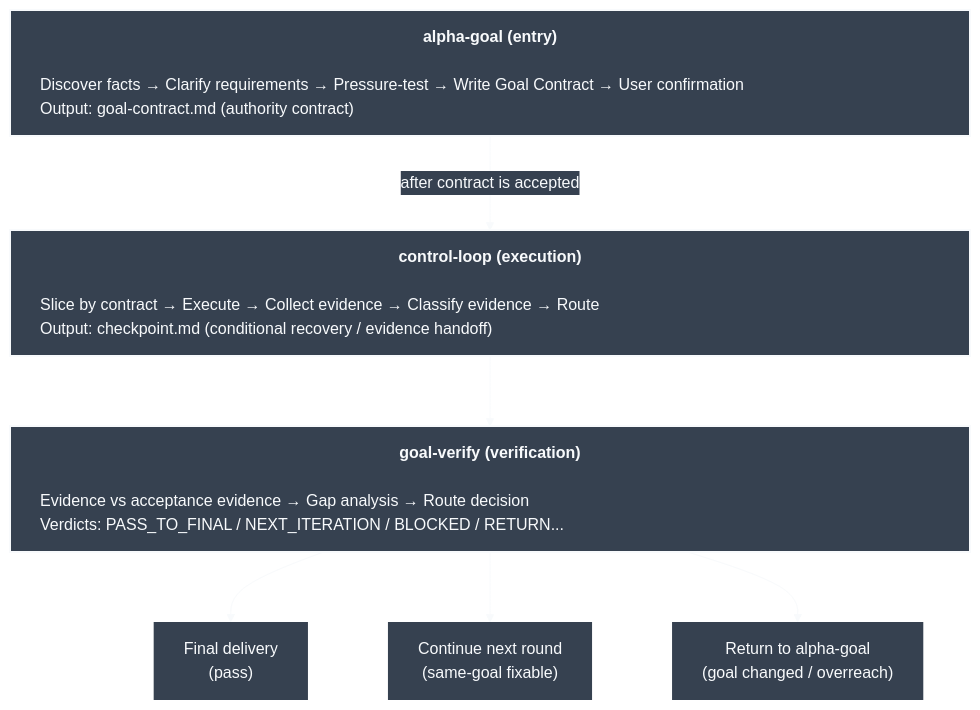
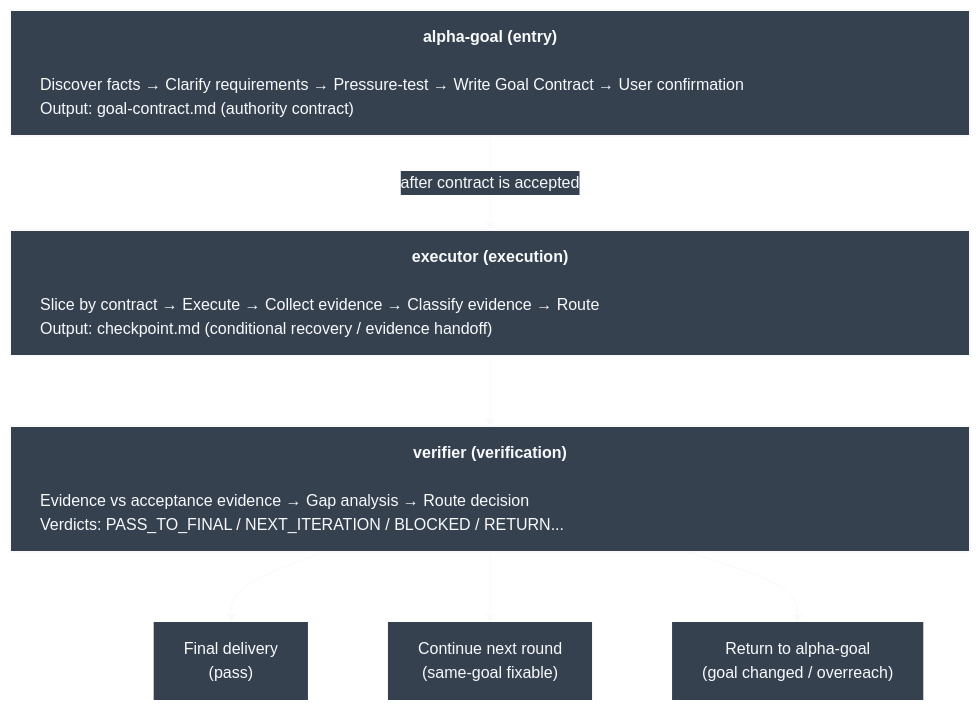
Before and after one commit to azhonglee/alpha-goal: the diagram in README.en.md, drawn with Mermaid. The commit also changed other lines of this file and 15 other files, not shown here.

Commit message:
Rename execution skills to executor and verifier

````diff
--- a/README.en.md
+++ b/README.en.md
@@ -42,18 +42,18 @@
 ```mermaid
 %%{init: {"theme":"base","flowchart":{"wrappingWidth":900,"nodeSpacing":80,"rankSpacing":70,"htmlLabels":true},"markdownAutoWrap":false,"themeVariables":{"background":"#364150","primaryColor":"#364150","primaryTextColor":"#f8fafc","primaryBorderColor":"#f8fafc","lineColor":"#f8fafc","edgeLabelBackground":"#364150","fontFamily":"ui-monospace, SFMono-Regular, Menlo, Monaco, Consolas, monospace"}}}%%
 flowchart TD
   AG["<div align='center'><strong>alpha-goal (entry)</strong></div><div align='left' style='width:900px'><br/>Discover facts → Clarify requirements → Pressure-test → Write Goal Contract → User confirmation<br/>Output: goal-contract.md (authority contract)</div>"]
-  CL["<div align='center'><strong>control-loop (execution)</strong></div><div align='left' style='width:900px'><br/>Slice by contract → Execute → Collect evidence → Classify evidence → Route<br/>Output: checkpoint.md (conditional recovery / evidence handoff)</div>"]
-  GV["<div align='center'><strong>goal-verify (verification)</strong></div><div align='left' style='width:900px'><br/>Evidence vs acceptance evidence → Gap analysis → Route decision<br/>Verdicts: PASS_TO_FINAL / NEXT_ITERATION / BLOCKED / RETURN...</div>"]
+  CL["<div align='center'><strong>executor (execution)</strong></div><div align='left' style='width:900px'><br/>Slice by contract → Execute → Collect evidence → Classify evidence → Route<br/>Output: checkpoint.md (conditional recovery / evidence handoff)</div>"]
+  GV["<div align='center'><strong>verifier (verification)</strong></div><div align='left' style='width:900px'><br/>Evidence vs acceptance evidence → Gap analysis → Route decision<br/>Verdicts: PASS_TO_FINAL / NEXT_ITERATION / BLOCKED / RETURN...</div>"]
 
   AG -->|"after contract is accepted"| CL
   CL --> GV
   GV --> Pass["Final delivery<br/>(pass)"]
   GV --> Next["Continue next round<br/>(same-goal fixable)"]
   GV --> Return["Return to alpha-goal<br/>(goal changed / overreach)"]
 
   classDef stage fill:#364150,stroke:#f8fafc,color:#f8fafc,stroke-width:2px;
   classDef route fill:#364150,stroke:#364150,color:#f8fafc,stroke-width:0px;
   class AG,CL,GV stage;
   class Pass,Next,Return route;
 ```
````
